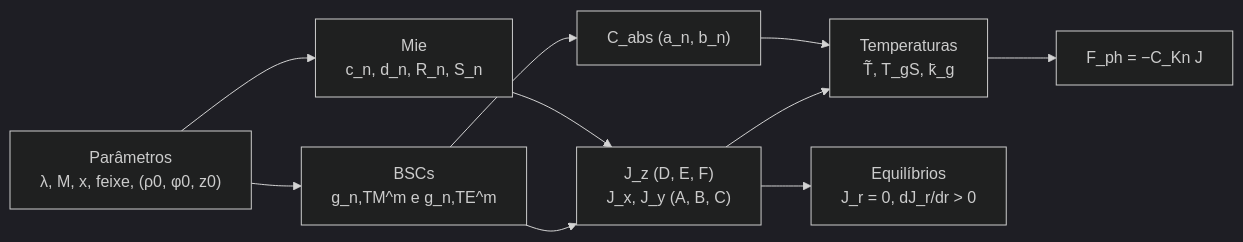
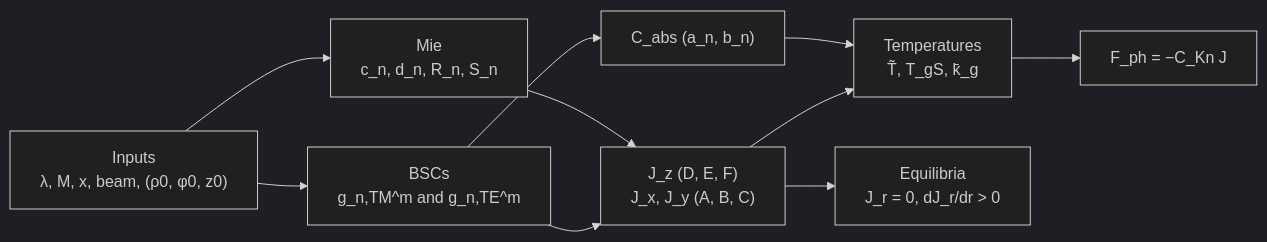
One commit to bdiasr/pytophoretic changed the second of 2 diagrams in README.md. Above: the diagram before and after it, drawn with Mermaid (dark theme). The commit also changed other lines of this file and 2 other files, not shown here.

````diff
--- a/README.md
+++ b/README.md
@@ -363,12 +365,12 @@
 ```mermaid
 flowchart LR
-    A["Parâmetros<br/>λ, M, x, feixe, (ρ0, φ0, z0)"] --> B["BSCs<br/>g_n,TM^m e g_n,TE^m"]
+    A["Inputs<br/>λ, M, x, beam, (ρ0, φ0, z0)"] --> B["BSCs<br/>g_n,TM^m and g_n,TE^m"]
     A --> C["Mie<br/>c_n, d_n, R_n, S_n"]
     B --> D["J_z (D, E, F)<br/>J_x, J_y (A, B, C)"]
     C --> D
     B --> E["C_abs (a_n, b_n)"]
-    D --> F["Temperaturas<br/>T̃, T_gS, k̄_g"]
+    D --> F["Temperatures<br/>T̃, T_gS, k̄_g"]
     E --> F
     F --> G["F_ph = −C_Kn J"]
-    D --> H["Equilíbrios<br/>J_r = 0, dJ_r/dr > 0"]
+    D --> H["Equilibria<br/>J_r = 0, dJ_r/dr > 0"]
 ```
````
